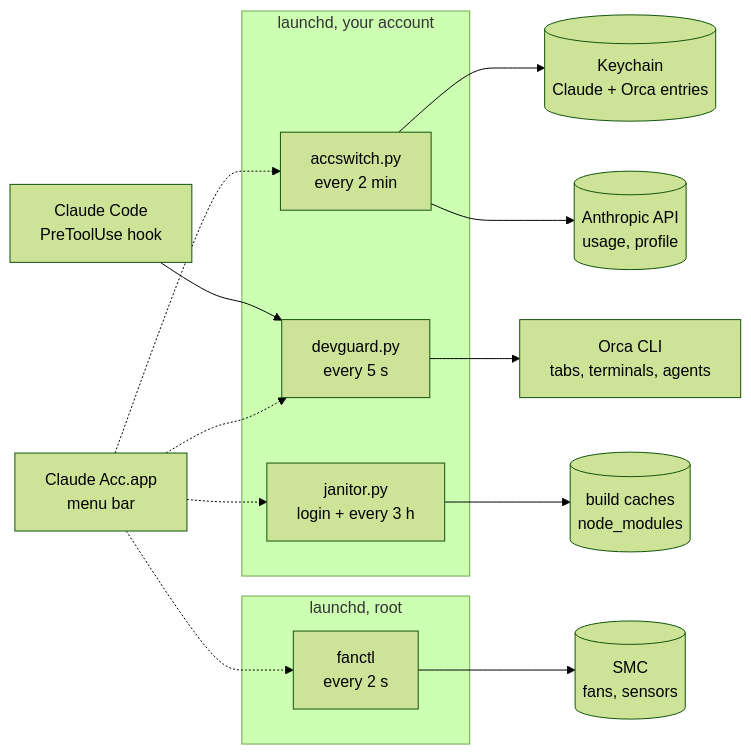
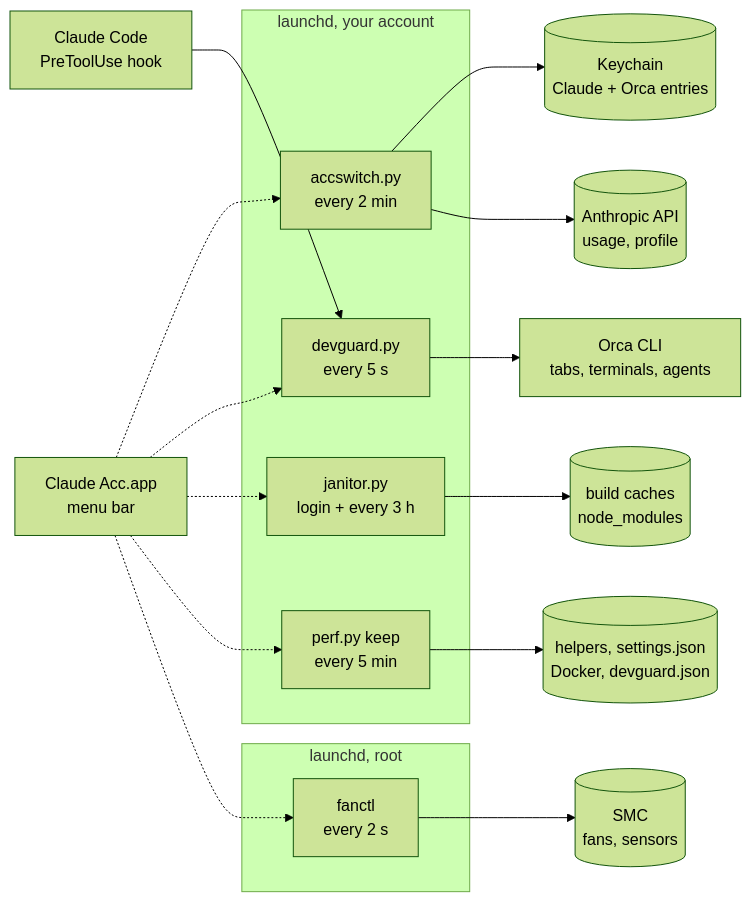
The diagram in README.md (outof-place/claude-acc), drawn with Mermaid (forest theme) before and after one commit. The commit also changed other lines of this file and 12 other files, not shown here.

````diff
--- a/README.md
+++ b/README.md
@@ -54,24 +55,27 @@
 ```mermaid
 flowchart LR
     app["Claude Acc.app<br/>menu bar"]
     subgraph user["launchd, your account"]
         tick["accswitch.py<br/>every 2 min"]
         guard["devguard.py<br/>every 5 s"]
         janitor["janitor.py<br/>login + every 3 h"]
+        perf["perf.py keep<br/>every 5 min"]
     end
     subgraph root["launchd, root"]
         fans["fanctl<br/>every 2 s"]
     end
     hook["Claude Code<br/>PreToolUse hook"]
     keychain[("Keychain<br/>Claude + Orca entries")]
     api[("Anthropic API<br/>usage, profile")]
     orca["Orca CLI<br/>tabs, terminals, agents"]
     disk[("build caches<br/>node_modules")]
+    tuned[("helpers, settings.json<br/>Docker, devguard.json")]
     smc[("SMC<br/>fans, sensors")]
-    app -.-> tick & guard & janitor & fans
+    app -.-> tick & guard & janitor & perf & fans
     tick --> keychain & api
     guard --> orca
     janitor --> disk
+    perf --> tuned
     fans --> smc
     hook --> guard
 ```
````
